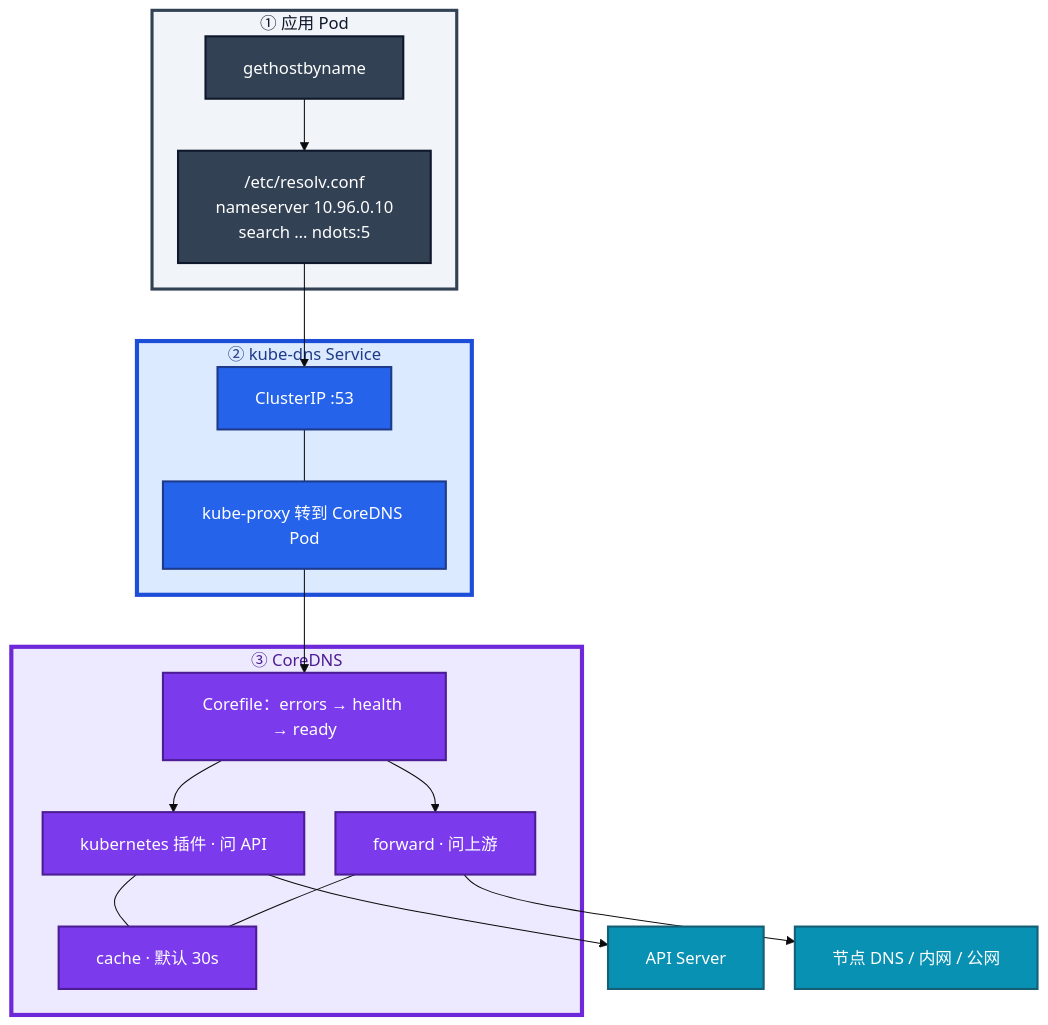
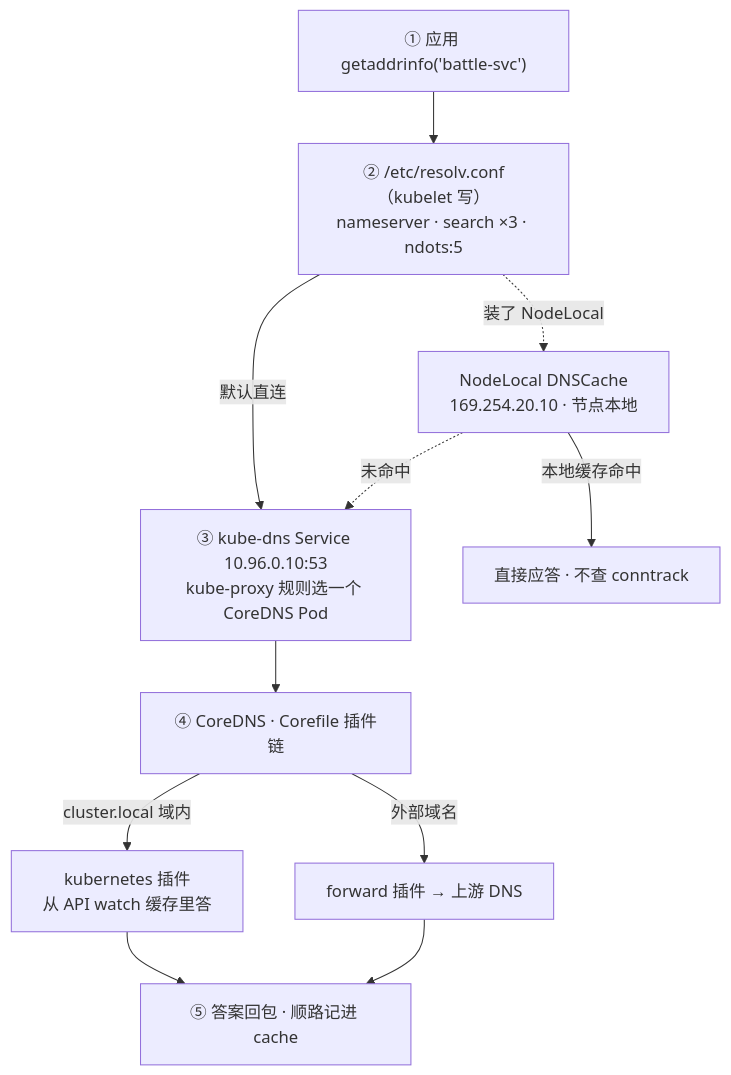
The first of 5 diagrams in 03-Kubernetes/09-CoreDNS/知识点.md (ml-cuizijun/LearnToLilith), drawn with Mermaid before and after one commit. The commit also changed other lines of this file and 470 other files, not shown here.

````diff
--- a/03-Kubernetes/09-CoreDNS/知识点.md
+++ b/03-Kubernetes/09-CoreDNS/知识点.md
@@ -81,44 +15,13 @@
 ```mermaid
-%%{init: {"flowchart": {"padding": 18, "nodeSpacing": 30, "rankSpacing": 50}, "theme": "base"}}%%
 flowchart TB
-    subgraph pod ["① 应用 Pod"]
-        app[gethostbyname]
-        resolv["/etc/resolv.conf<br/>nameserver 10.96.0.10<br/>search … ndots:5"]
-        app --> resolv
-    end
-
-    subgraph svc ["② kube-dns Service"]
-        vip["ClusterIP :53"]
-        kp[kube-proxy 转到 CoreDNS Pod]
-        vip --- kp
-    end
-
-    subgraph core ["③ CoreDNS"]
-        cf["Corefile：errors → health → ready"]
-        k8s["kubernetes 插件 · 问 API"]
-        fw["forward · 问上游"]
-        cache["cache · 默认 30s"]
-        cf --> k8s
-        cf --> fw
-        k8s --- cache
-        fw --- cache
-    end
-
-    resolv --> vip
-    kp --> cf
-    k8s --> api[API Server]
-    fw --> up[节点 DNS / 内网 / 公网]
-
-    classDef podN fill:#334155,stroke:#0F172A,stroke-width:2px,color:#fff
-    classDef svcN fill:#2563EB,stroke:#1E3A8A,stroke-width:2px,color:#fff
-    classDef coreN fill:#7C3AED,stroke:#4C1D95,stroke-width:2px,color:#fff
-    classDef upN fill:#0891B2,stroke:#155E75,stroke-width:2px,color:#fff
-    class app,resolv podN
-    class vip,kp svcN
-    class cf,k8s,fw,cache coreN
-    class api,up upN
-
-    style pod fill:#F1F5F9,stroke:#334155,stroke-width:3px,color:#0F172A
-    style svc fill:#DBEAFE,stroke:#1D4ED8,stroke-width:4px,color:#1E3A8A
-    style core fill:#EDE9FE,stroke:#6D28D9,stroke-width:4px,color:#4C1D95
+    APP["① 应用 getaddrinfo('battle-svc')"] --> RC["② /etc/resolv.conf（kubelet 写）<br/>nameserver · search ×3 · ndots:5"]
+    RC -->|默认直连| VIP["③ kube-dns Service 10.96.0.10:53<br/>kube-proxy 规则选一个 CoreDNS Pod"]
+    RC -.->|装了 NodeLocal| NL["NodeLocal DNSCache<br/>169.254.20.10 · 节点本地"]
+    NL -->|本地缓存命中| ANS["直接应答 · 不查 conntrack"]
+    NL -.->|未命中| VIP
+    VIP --> CHAIN["④ CoreDNS · Corefile 插件链"]
+    CHAIN -->|cluster.local 域内| K8S["kubernetes 插件<br/>从 API watch 缓存里答"]
+    CHAIN -->|外部域名| FW["forward 插件 → 上游 DNS"]
+    K8S --> OUT["⑤ 答案回包 · 顺路记进 cache"]
+    FW --> OUT
 ```
````
